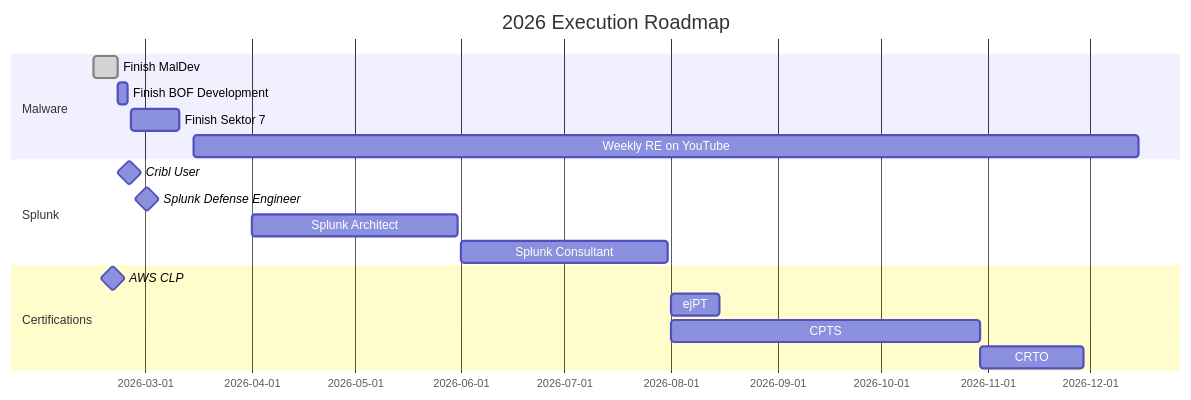
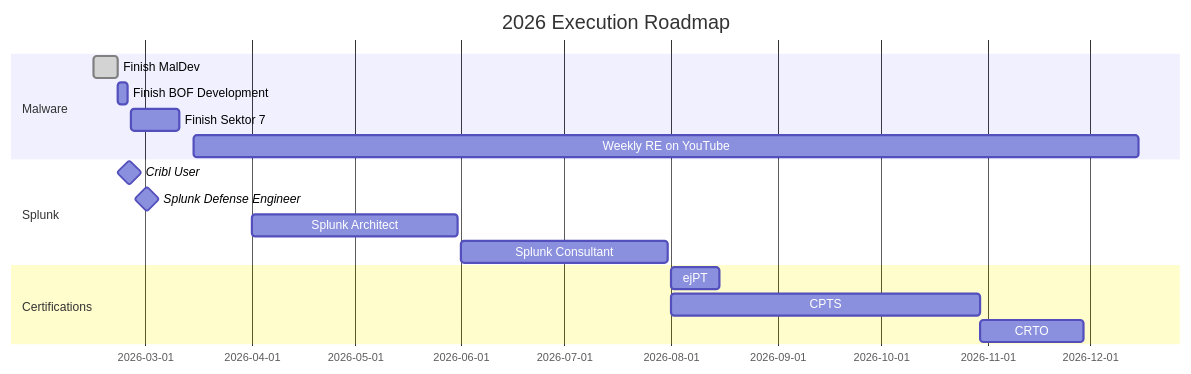
Before and after one commit to Infinit3i/website: the diagram in _tabs/about.md, drawn with Mermaid.

Commit message:
finsihed aws for about section

````diff
--- a/_tabs/about.md
+++ b/_tabs/about.md
@@ -72,24 +72,23 @@
 ```mermaid
 gantt
 
 title 2026 Execution Roadmap
 dateFormat  YYYY-MM-DD
 
     section Malware
     Finish MalDev           :done, maldev, 2026-02-14, 7d
     Finish BOF Development  :bof, after maldev, 3d
     Finish Sektor 7         :sektor, 2026-02-25, 14d
     Weekly RE on YouTube    :RE, 2026-03-15, 9M
 
     section Splunk
     Cribl User              :milestone, 2026-02-24, 1d
     Splunk Defense Engineer :milestone, 2026-03-01, 1d
     Splunk Architect        :arch, 2026-04-01, 60d
     Splunk Consultant       :cons, 2026-06-01, 60d
 
     section Certifications
-    AWS CLP                 :milestone, 2026-02-19, 1d
     ejPT                    :ejpt, 2026-08-01, 14d
     CPTS    :cpts, 2026-08-01, 90d
     CRTO    :crto, after cpts, 30d
 ```
````
